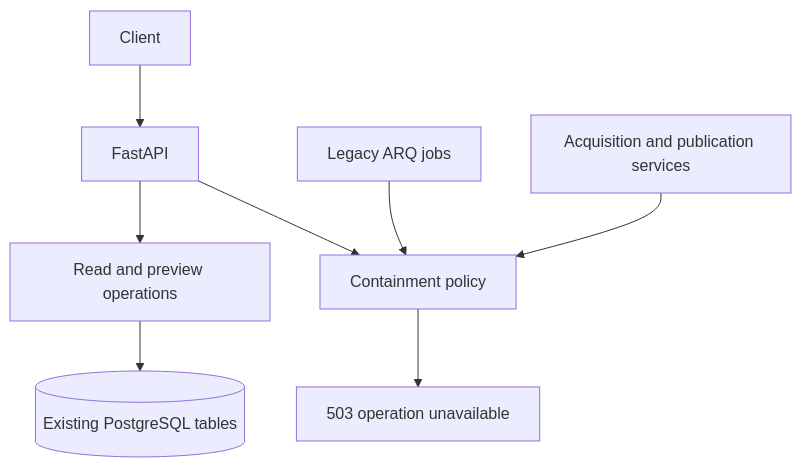
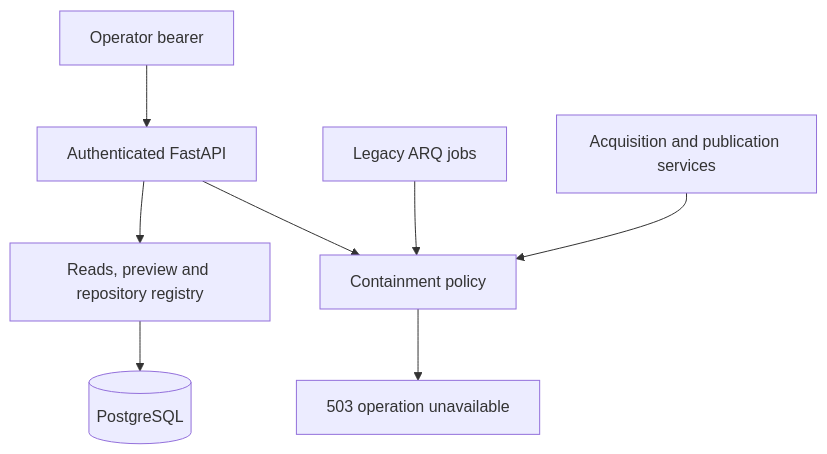
Before and after one commit to jennasilvera/agentic-development-workflow-engine: the first of 3 diagrams in ARCHITECTURE.md, drawn with Mermaid. The commit also changed other lines of this file and 27 other files, not shown here.

Commit message:
feat: authenticate operator APIs and add transactional repository registry

````diff
--- a/ARCHITECTURE.md
+++ b/ARCHITECTURE.md
@@ -21,10 +22,10 @@
 ```mermaid
 flowchart TD
-    Client[Client] --> API[FastAPI]
-    API --> Read[Read and preview operations]
+    Client[Operator bearer] --> API[Authenticated FastAPI]
+    API --> Read[Reads, preview and repository registry]
     API --> Gate[Containment policy]
     Gate --> Deny[503 operation unavailable]
-    Read --> DB[(Existing PostgreSQL tables)]
+    Read --> DB[(PostgreSQL)]
     Worker[Legacy ARQ jobs] --> Gate
     Service[Acquisition and publication services] --> Gate
 ```
````
